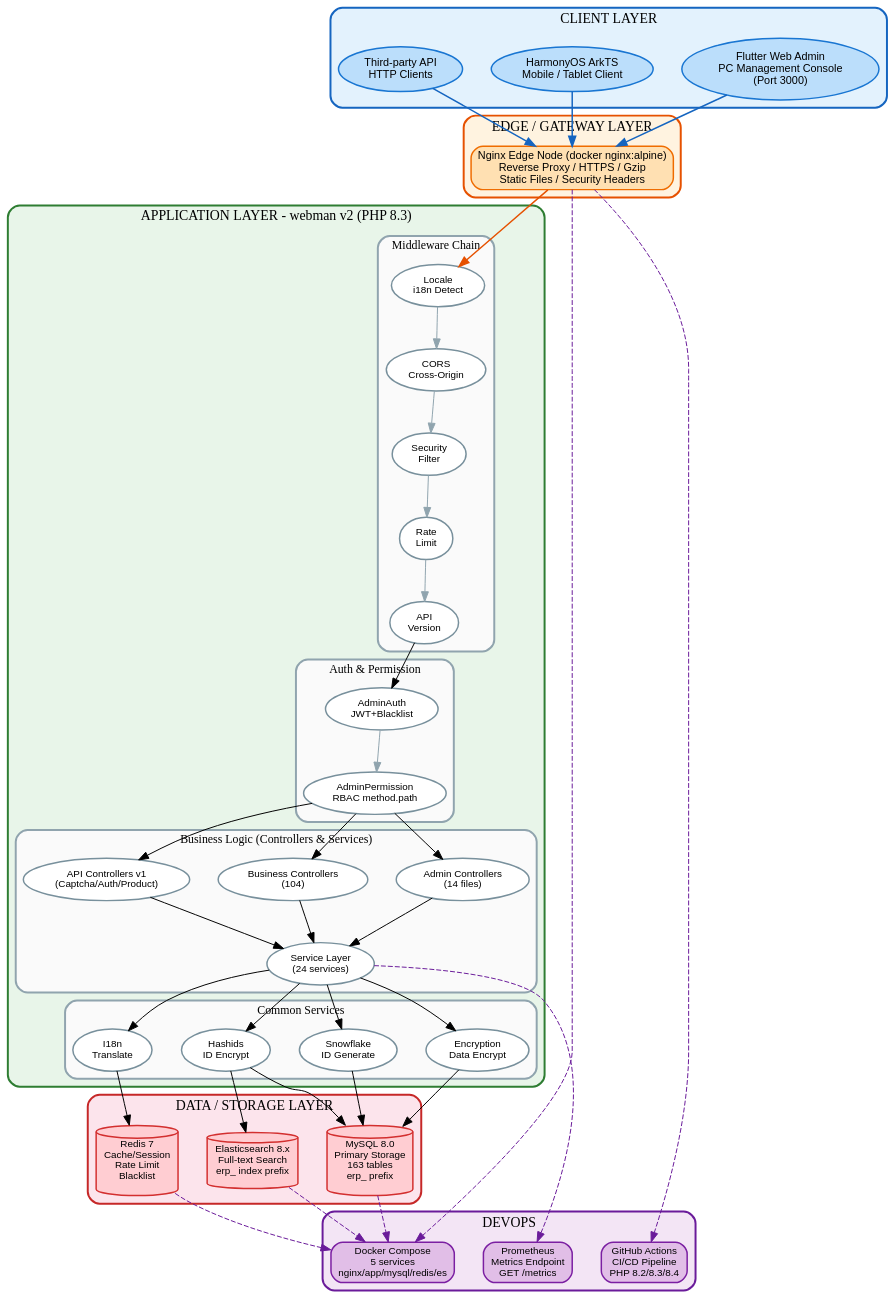
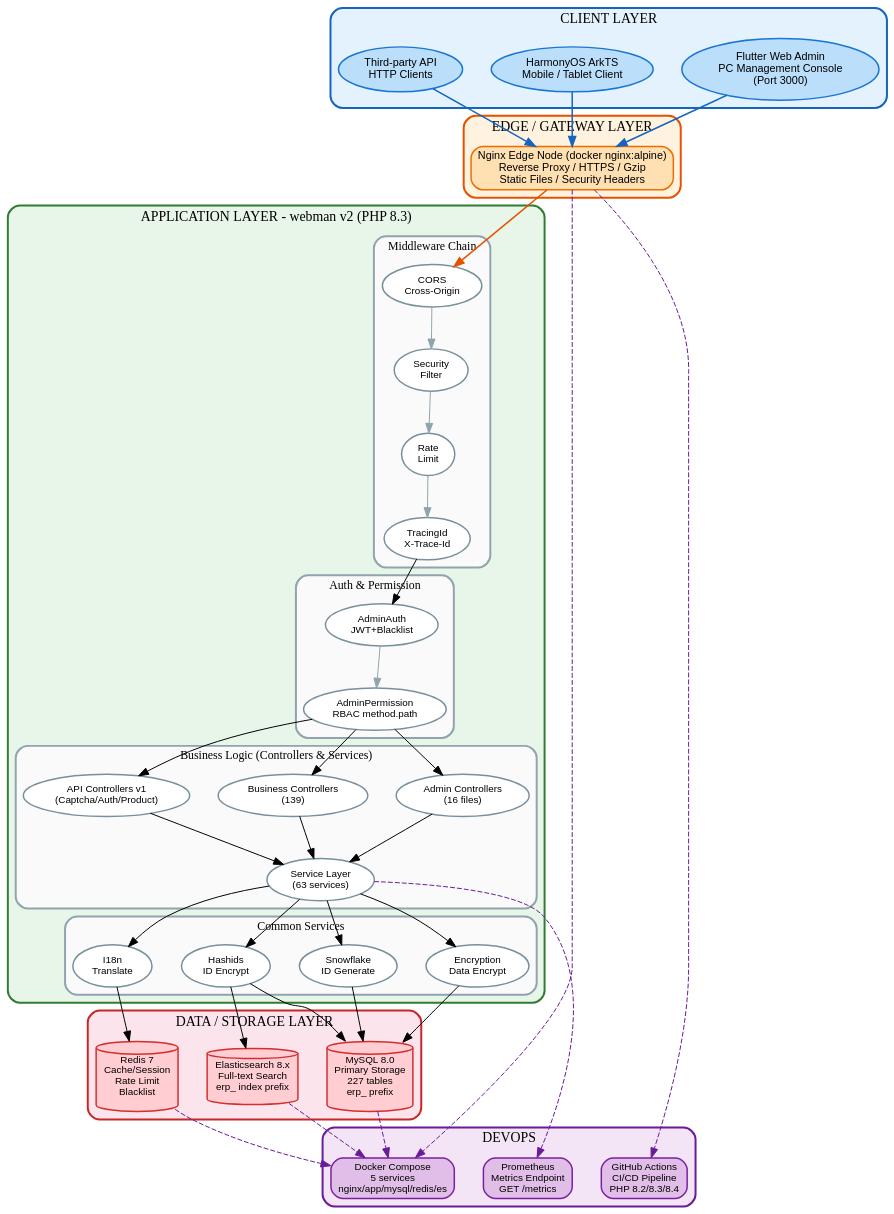
The diagram in docs/diagrams/system-architecture.dot (erikwang2013/erp-php), drawn with Graphviz before and after one commit. The commit also changed 325 other files, not shown here.

```diff
--- a/docs/diagrams/system-architecture.dot
+++ b/docs/diagrams/system-architecture.dot
@@ -1,104 +1,104 @@
 digraph SystemArchitecture {
     rankdir=TB;
     fontname="Arial";
     fontsize=14;
     bgcolor="transparent";
     nodesep=0.4;
     ranksep=0.6;
     compound=true;
 
     node [fontname="Arial", fontsize=11, style="filled,rounded", penwidth=1.5];
 
     subgraph cluster_client {
         label="CLIENT LAYER";
         fontsize=14; fontname="Arial Bold";
         style="filled,rounded"; fillcolor="#e3f2fd"; color="#1565c0"; penwidth=2;
         a1 [label="Flutter Web Admin\nPC Management Console\n(Port 3000)", fillcolor="#bbdefb", color="#1976d2"];
         a2 [label="HarmonyOS ArkTS\nMobile / Tablet Client", fillcolor="#bbdefb", color="#1976d2"];
         a3 [label="Third-party API\nHTTP Clients", fillcolor="#bbdefb", color="#1976d2"];
     }
 
     subgraph cluster_edge {
         label="EDGE / GATEWAY LAYER";
         fontsize=14; fontname="Arial Bold";
         style="filled,rounded"; fillcolor="#fff3e0"; color="#e65100"; penwidth=2;
         b1 [label="Nginx Edge Node (docker nginx:alpine)\nReverse Proxy / HTTPS / Gzip\nStatic Files / Security Headers", fillcolor="#ffe0b2", color="#ef6c00", shape="box"];
     }
 
     subgraph cluster_app {
         label="APPLICATION LAYER - webman v2 (PHP 8.3)";
         fontsize=14; fontname="Arial Bold";
         style="filled,rounded"; fillcolor="#e8f5e9"; color="#2e7d32"; penwidth=2;
 
         subgraph cluster_mw {
             label="Middleware Chain";
             fontsize=12; fontname="Arial Bold";
             style="filled,rounded"; fillcolor="#fafafa"; color="#90a4ae";
             node [fillcolor="#ffffff", color="#78909c", fontsize=10];
-            m1 [label="Locale\ni18n Detect"]; m2 [label="CORS\nCross-Origin"]; m3 [label="Security\nFilter"]; m4 [label="Rate\nLimit"]; m5 [label="API\nVersion"];
-            m1 -> m2 -> m3 -> m4 -> m5 [color="#90a4ae"];
+            m1 [label="CORS\nCross-Origin"]; m2 [label="Security\nFilter"]; m3 [label="Rate\nLimit"]; m4 [label="TracingId\nX-Trace-Id"];
+            m1 -> m2 -> m3 -> m4 [color="#90a4ae"];
         }
 
         subgraph cluster_auth {
             label="Auth & Permission";
             fontsize=12; fontname="Arial Bold";
             style="filled,rounded"; fillcolor="#fafafa"; color="#90a4ae";
             node [fillcolor="#ffffff", color="#78909c", fontsize=10];
             m6 [label="AdminAuth\nJWT+Blacklist"]; m7 [label="AdminPermission\nRBAC method.path"];
             m6 -> m7 [color="#90a4ae"];
         }
 
         subgraph cluster_biz {
             label="Business Logic (Controllers & Services)";
             fontsize=12; fontname="Arial Bold";
             style="filled,rounded"; fillcolor="#fafafa"; color="#90a4ae";
             node [fillcolor="#ffffff", color="#78909c", fontsize=10];
-            c1 [label="Admin Controllers\n(14 files)"]; c2 [label="Business Controllers\n(104)"]; c3 [label="Service Layer\n(24 services)"]; c4 [label="API Controllers v1\n(Captcha/Auth/Product)"];
+            c1 [label="Admin Controllers\n(16 files)"]; c2 [label="Business Controllers\n(139)"]; c3 [label="Service Layer\n(63 services)"]; c4 [label="API Controllers v1\n(Captcha/Auth/Product)"];
         }
 
         subgraph cluster_common {
             label="Common Services";
             fontsize=12; fontname="Arial Bold";
             style="filled,rounded"; fillcolor="#fafafa"; color="#90a4ae";
             node [fillcolor="#ffffff", color="#78909c", fontsize=10];
             s1 [label="Hashids\nID Encrypt"]; s2 [label="Snowflake\nID Generate"]; s3 [label="Encryption\nData Encrypt"]; s4 [label="I18n\nTranslate"];
         }
 
-        m5 -> m6; m7 -> c1; m7 -> c2; m7 -> c4;
+        m4 -> m6; m7 -> c1; m7 -> c2; m7 -> c4;
         c1 -> c3; c2 -> c3; c4 -> c3;
         c3 -> s1; c3 -> s2; c3 -> s3; c3 -> s4;
     }
 
     subgraph cluster_data {
         label="DATA / STORAGE LAYER";
         fontsize=14; fontname="Arial Bold";
         style="filled,rounded"; fillcolor="#fce4ec"; color="#c62828"; penwidth=2;
         node [shape="cylinder", fillcolor="#ffcdd2", color="#d32f2f", fontsize=10];
-        d1 [label="MySQL 8.0\nPrimary Storage\n163 tables\nerp_ prefix"];
+        d1 [label="MySQL 8.0\nPrimary Storage\n227 tables\nerp_ prefix"];
         d2 [label="Redis 7\nCache/Session\nRate Limit\nBlacklist"];
         d3 [label="Elasticsearch 8.x\nFull-text Search\nerp_ index prefix"];
     }
 
     subgraph cluster_devops {
         label="DEVOPS";
         fontsize=14; fontname="Arial Bold";
         style="filled,rounded"; fillcolor="#f3e5f5"; color="#6a1b9a"; penwidth=2;
         node [shape="box", fillcolor="#e1bee7", color="#7b1fa2", fontsize=10];
         e1 [label="GitHub Actions\nCI/CD Pipeline\nPHP 8.2/8.3/8.4"];
         e2 [label="Docker Compose\n5 services\nnginx/app/mysql/redis/es"];
         e3 [label="Prometheus\nMetrics Endpoint\nGET /metrics"];
     }
 
     a1 -> b1 [color="#1565c0", penwidth=1.5];
     a2 -> b1 [color="#1565c0", penwidth=1.5];
     a3 -> b1 [color="#1565c0", penwidth=1.5];
     b1 -> m1 [color="#e65100", penwidth=1.5];
     s1 -> d1; s2 -> d1; s3 -> d1; s1 -> d3;
     s4 -> d2;
     b1 -> e1 [style="dashed", color="#6a1b9a"];
     b1 -> e2 [style="dashed", color="#6a1b9a"];
     c3 -> e3 [style="dashed", color="#6a1b9a"];
     d1 -> e2 [style="dashed", color="#6a1b9a"];
     d2 -> e2 [style="dashed", color="#6a1b9a"];
     d3 -> e2 [style="dashed", color="#6a1b9a"];
 }
```
